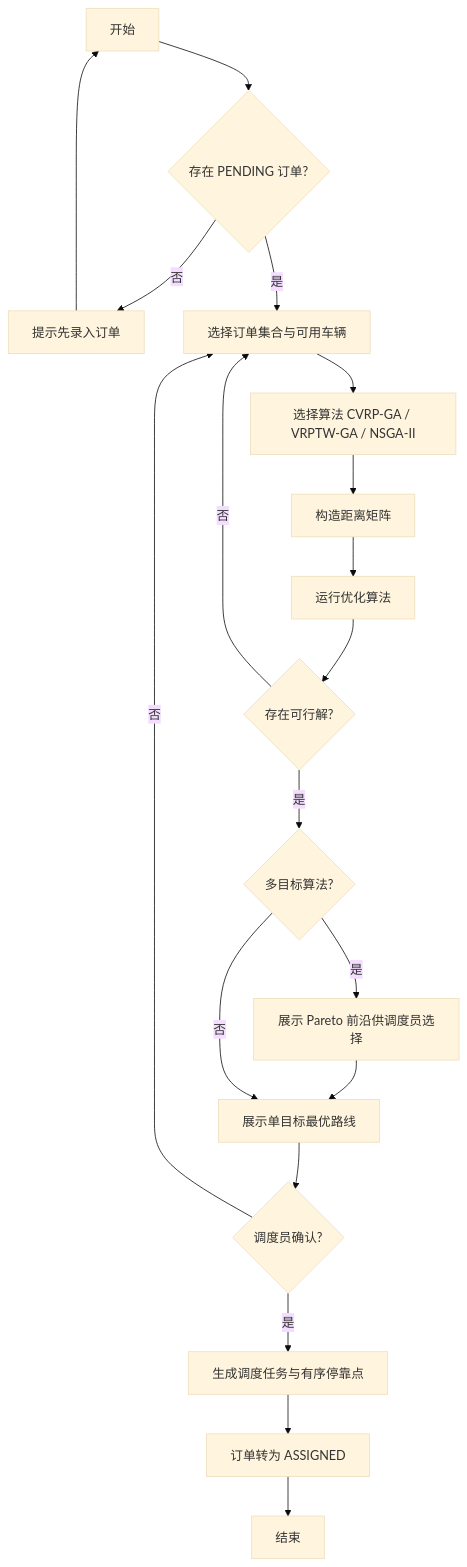
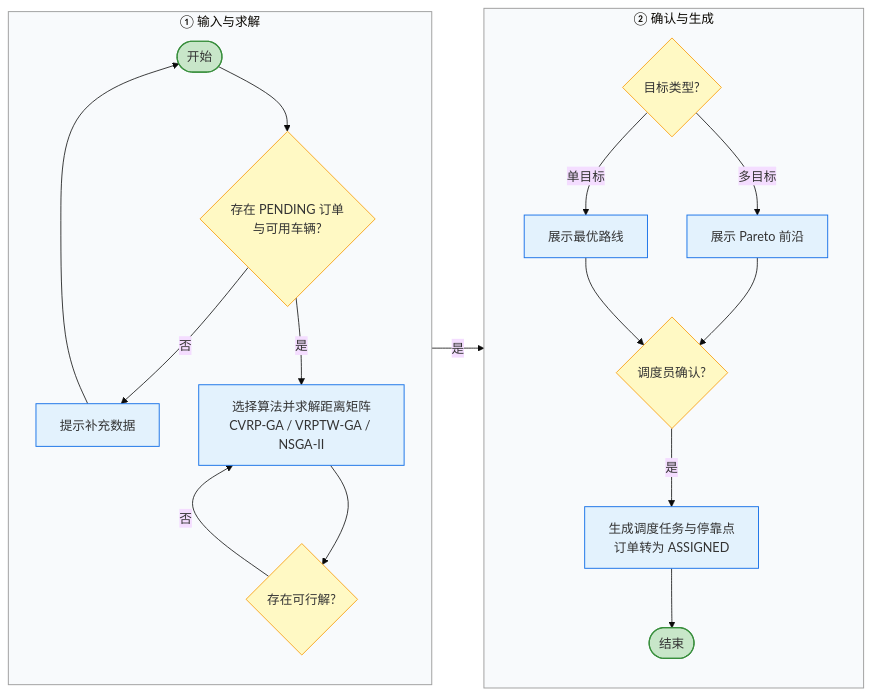
Before and after one commit to zhouhuiying123/smart-logistics-platform: the second of 4 diagrams in docs/01-需求文档.md, drawn with Mermaid (base theme). The commit also changed other lines of this file and 1 other file, not shown here.

Commit message:
docs: 重绘总体用例图/路径优化流程图/状态机图并优化比例，同步重建 Word 版本

````diff
--- a/docs/01-需求文档.md
+++ b/docs/01-需求文档.md
@@ -274,19 +278,31 @@
 ```mermaid
-flowchart TD
-    A[开始] --> B{存在 PENDING 订单?}
-    B -- 否 --> B1[提示先录入订单] --> A
-    B -- 是 --> C[选择订单集合与可用车辆]
-    C --> D[选择算法 CVRP-GA / VRPTW-GA / NSGA-II]
-    D --> E[构造距离矩阵]
-    E --> F[运行优化算法]
-    F --> G{存在可行解?}
-    G -- 否 --> C
-    G -- 是 --> H{多目标算法?}
-    H -- 是 --> H1[展示 Pareto 前沿供调度员选择] --> I
-    H -- 否 --> I[展示单目标最优路线]
-    I --> J{调度员确认?}
-    J -- 否 --> C
-    J -- 是 --> K[生成调度任务与有序停靠点]
-    K --> L[订单转为 ASSIGNED]
-    L --> M[结束]
+flowchart LR
+    subgraph S1["① 输入与求解"]
+        direction TB
+        A([开始]):::se --> B{存在 PENDING 订单<br/>与可用车辆?}:::dec
+        B -- 否 --> B1[提示补充数据]:::step
+        B1 --> A
+        B -- 是 --> C[选择算法并求解距离矩阵<br/>CVRP-GA / VRPTW-GA / NSGA-II]:::step
+        C --> G{存在可行解?}:::dec
+        G -- 否 --> C
+    end
+
+    subgraph S2["② 确认与生成"]
+        direction TB
+        H{目标类型?}:::dec
+        H -- 多目标 --> H1[展示 Pareto 前沿]:::step
+        H -- 单目标 --> I[展示最优路线]:::step
+        I --> J{调度员确认?}:::dec
+        H1 --> J
+        J -- 是 --> K[生成调度任务与停靠点<br/>订单转为 ASSIGNED]:::step
+        K --> M([结束]):::se
+    end
+
+    G -- 是 --> H
+
+    classDef se fill:#C8E6C9,stroke:#388E3C,stroke-width:1.5px
+    classDef dec fill:#FFF9C4,stroke:#F9A825,stroke-width:1.2px
+    classDef step fill:#E3F2FD,stroke:#1A73E8,stroke-width:1.2px
+    style S1 fill:#F8FAFC,stroke:#9E9E9E,stroke-width:1.2px
+    style S2 fill:#F8FAFC,stroke:#9E9E9E,stroke-width:1.2px
 ```
````
